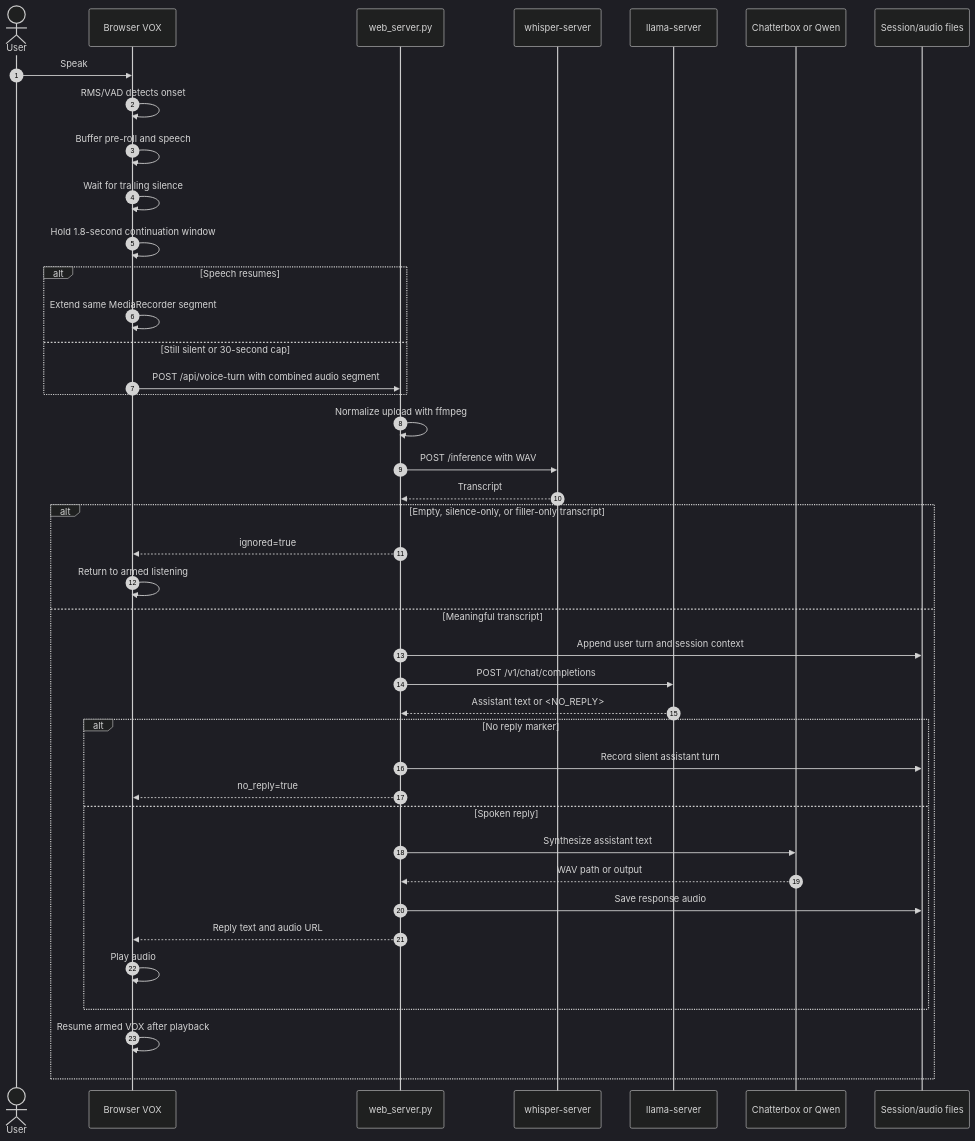
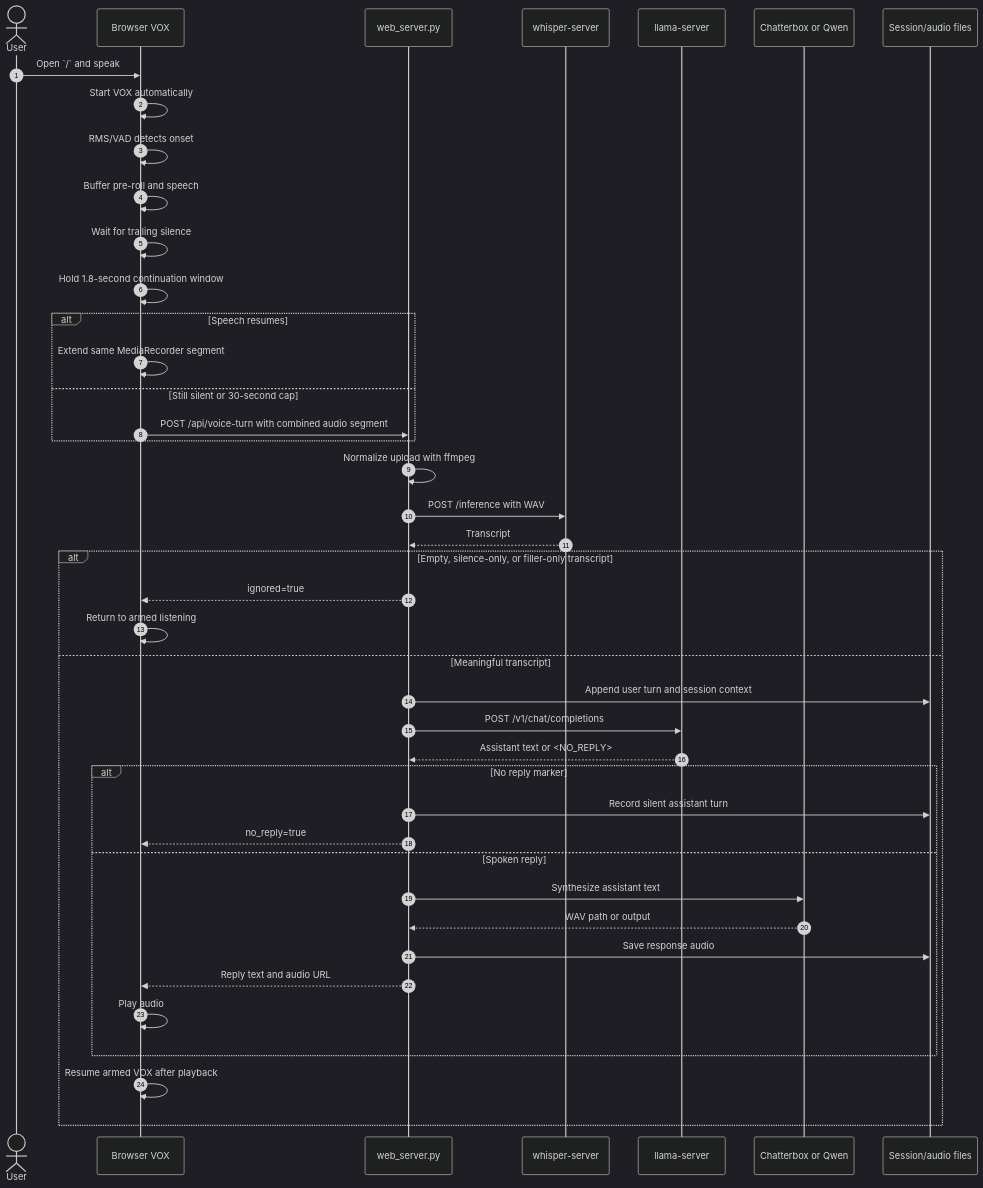
One commit to initialed85/edvox changed the third of 4 diagrams in docs/architecture.md. Above: the diagram before and after it, drawn with Mermaid (dark theme). The commit also changed other lines of this file and 10 other files, not shown here.

````diff
--- a/docs/architecture.md
+++ b/docs/architecture.md
@@ -129,44 +130,45 @@
 ```mermaid
 sequenceDiagram
     autonumber
     actor User
     participant Browser as Browser VOX
     participant Web as web_server.py
     participant STT as whisper-server
     participant Chat as llama-server
     participant TTS as Chatterbox or Qwen
     participant Store as Session/audio files
 
-    User->>Browser: Speak
+    User->>Browser: Open `/` and speak
+    Browser->>Browser: Start VOX automatically
     Browser->>Browser: RMS/VAD detects onset
     Browser->>Browser: Buffer pre-roll and speech
     Browser->>Browser: Wait for trailing silence
     Browser->>Browser: Hold 1.8-second continuation window
     alt Speech resumes
         Browser->>Browser: Extend same MediaRecorder segment
     else Still silent or 30-second cap
         Browser->>Web: POST /api/voice-turn with combined audio segment
     end
     Web->>Web: Normalize upload with ffmpeg
     Web->>STT: POST /inference with WAV
     STT-->>Web: Transcript
     alt Empty, silence-only, or filler-only transcript
         Web-->>Browser: ignored=true
         Browser->>Browser: Return to armed listening
     else Meaningful transcript
         Web->>Store: Append user turn and session context
         Web->>Chat: POST /v1/chat/completions
         Chat-->>Web: Assistant text or <NO_REPLY>
         alt No reply marker
             Web->>Store: Record silent assistant turn
             Web-->>Browser: no_reply=true
         else Spoken reply
             Web->>TTS: Synthesize assistant text
             TTS-->>Web: WAV path or output
             Web->>Store: Save response audio
             Web-->>Browser: Reply text and audio URL
             Browser->>Browser: Play audio
         end
         Browser->>Browser: Resume armed VOX after playback
     end
 ```
````
